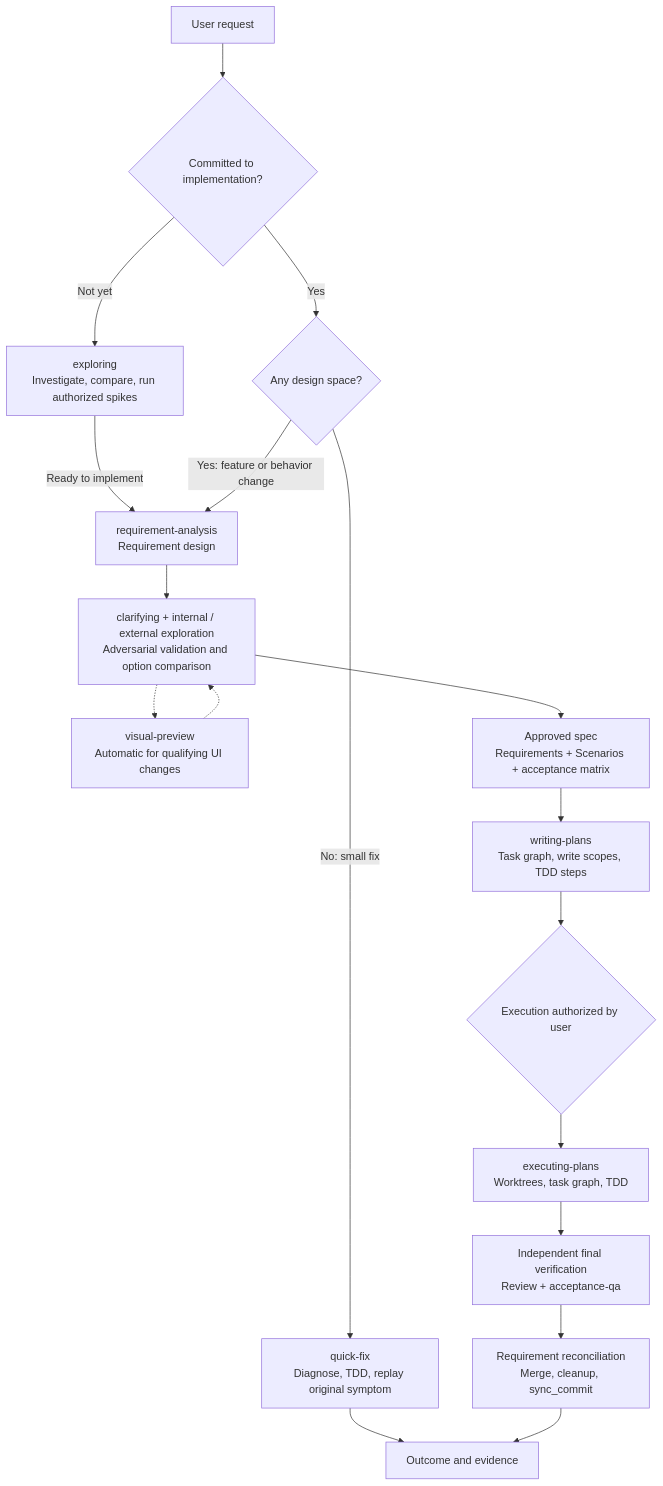
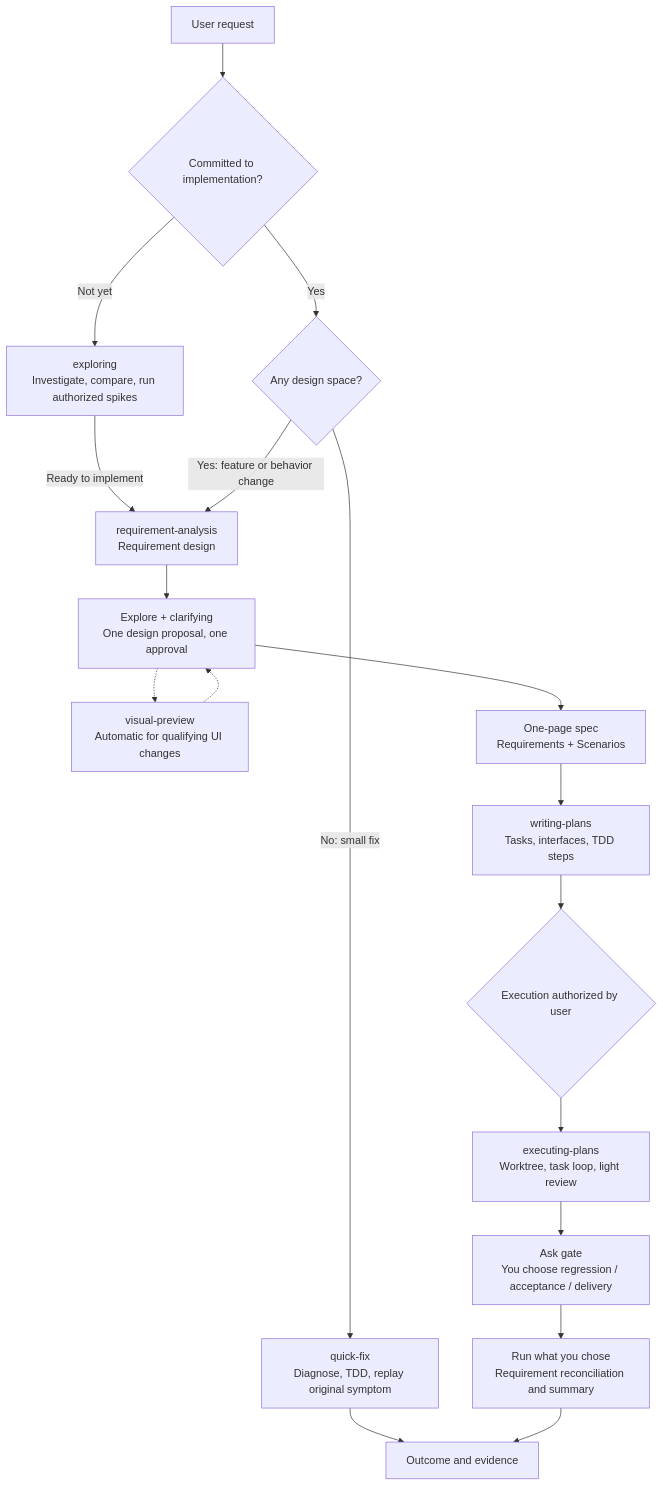
Before and after one commit to FlameMida/spec-dev: the diagram in README.md, drawn with Mermaid. The commit also changed other lines of this file and 45 other files, not shown here.

````diff
--- a/README.md
+++ b/README.md
@@ -16,20 +16,20 @@
 ```mermaid
 flowchart TD
     A["User request"] --> B{"Committed to implementation?"}
     B -->|"Not yet"| C["exploring<br/>Investigate, compare, run authorized spikes"]
     C -->|"Ready to implement"| D["requirement-analysis<br/>Requirement design"]
     B -->|"Yes"| E{"Any design space?"}
     E -->|"No: small fix"| F["quick-fix<br/>Diagnose, TDD, replay original symptom"]
     F --> Z["Outcome and evidence"]
     E -->|"Yes: feature or behavior change"| D
-    D --> G["clarifying + internal / external exploration<br/>Adversarial validation and option comparison"]
+    D --> G["Explore + clarifying<br/>One design proposal, one approval"]
     G -.-> H["visual-preview<br/>Automatic for qualifying UI changes"]
     H -.-> G
-    G --> I["Approved spec<br/>Requirements + Scenarios + acceptance matrix"]
-    I --> J["writing-plans<br/>Task graph, write scopes, TDD steps"]
+    G --> I["One-page spec<br/>Requirements + Scenarios"]
+    I --> J["writing-plans<br/>Tasks, interfaces, TDD steps"]
     J --> K{"Execution authorized by user"}
-    K --> L["executing-plans<br/>Worktrees, task graph, TDD"]
-    L --> M["Independent final verification<br/>Review + acceptance-qa"]
-    M --> N["Requirement reconciliation<br/>Merge, cleanup, sync_commit"]
+    K --> L["executing-plans<br/>Worktree, task loop, light review"]
+    L --> M["Ask gate<br/>You choose regression / acceptance / delivery"]
+    M --> N["Run what you chose<br/>Requirement reconciliation and summary"]
     N --> Z
 ```
````
